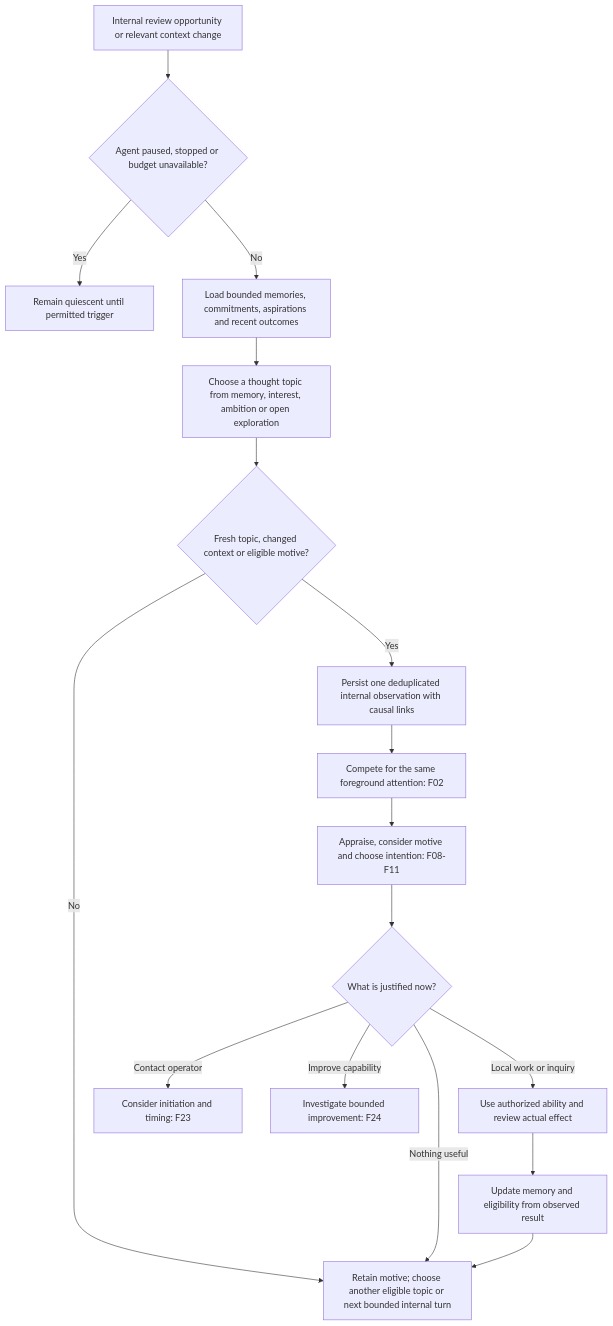
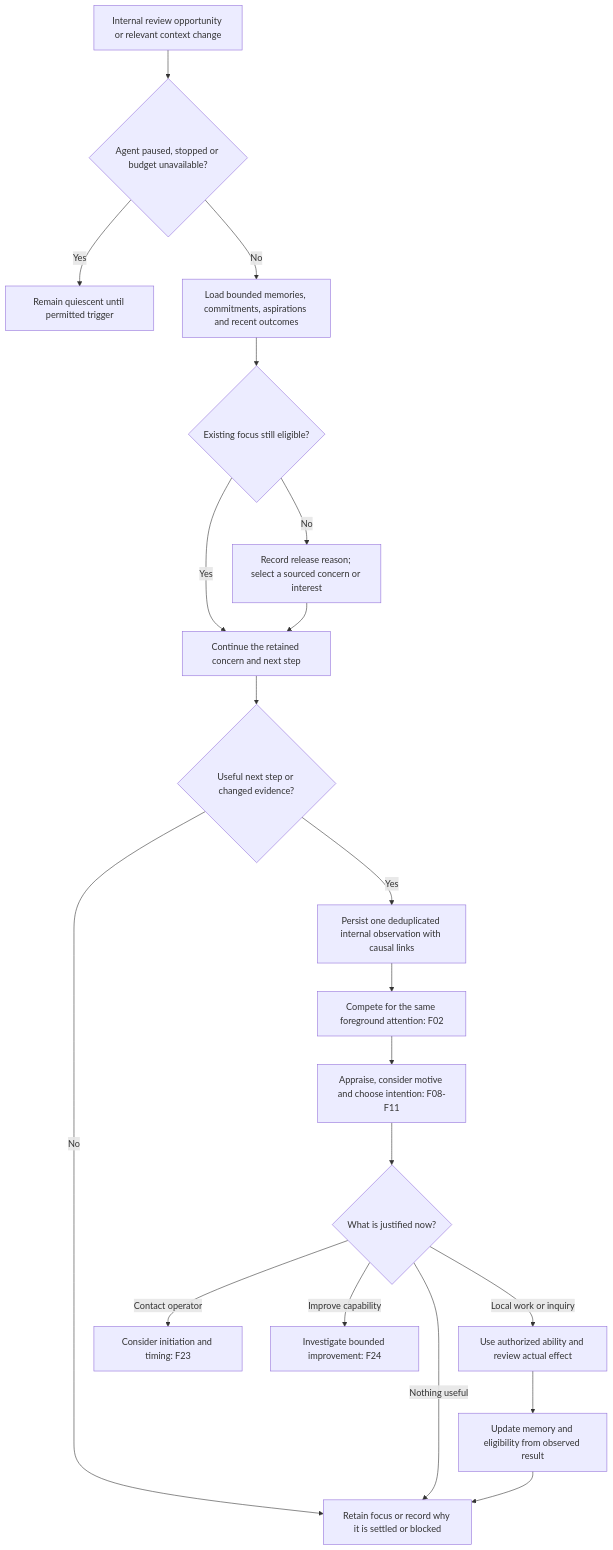
Diagram 21 of 26 in doc/design/behavior-flows.md (kme-solution/citta), drawn with Mermaid before and after one commit. The commit also changed other lines of this file and 48 other files, not shown here.

Commit message:
feat: retain continuing focus and harden cognition runtime

````diff
--- a/doc/design/behavior-flows.md
+++ b/doc/design/behavior-flows.md
@@ -411,19 +411,22 @@
 ```mermaid
 flowchart TD
     wake["Internal review opportunity or relevant context change"] --> control{"Agent paused, stopped or budget unavailable?"}
     control -->|"Yes"| quiet["Remain quiescent until permitted trigger"]
     control -->|"No"| context["Load bounded memories, commitments, aspirations and recent outcomes"]
-    context --> cues["Choose a thought topic from memory, interest, ambition or open exploration"]
-    cues --> novel{"Fresh topic, changed context or eligible motive?"}
-    novel -->|"No"| defer["Retain motive; choose another eligible topic or next bounded internal turn"]
+    context --> focus{"Existing focus still eligible?"}
+    focus -->|"Yes"| cues["Continue the retained concern and next step"]
+    focus -->|"No"| select["Record release reason; select a sourced concern or interest"]
+    select --> cues
+    cues --> novel{"Useful next step or changed evidence?"}
+    novel -->|"No"| defer["Retain focus or record why it is settled or blocked"]
     novel -->|"Yes"| observation["Persist one deduplicated internal observation with causal links"]
     observation --> attention["Compete for the same foreground attention: F02"]
     attention --> consider["Appraise, consider motive and choose intention: F08-F11"]
     consider --> route{"What is justified now?"}
     route -->|"Local work or inquiry"| work["Use authorized ability and review actual effect"]
     route -->|"Contact operator"| contact["Consider initiation and timing: F23"]
     route -->|"Improve capability"| improve["Investigate bounded improvement: F24"]
     route -->|"Nothing useful"| defer
     work --> revisit["Update memory and eligibility from observed result"]
     revisit --> defer
 ```
````
